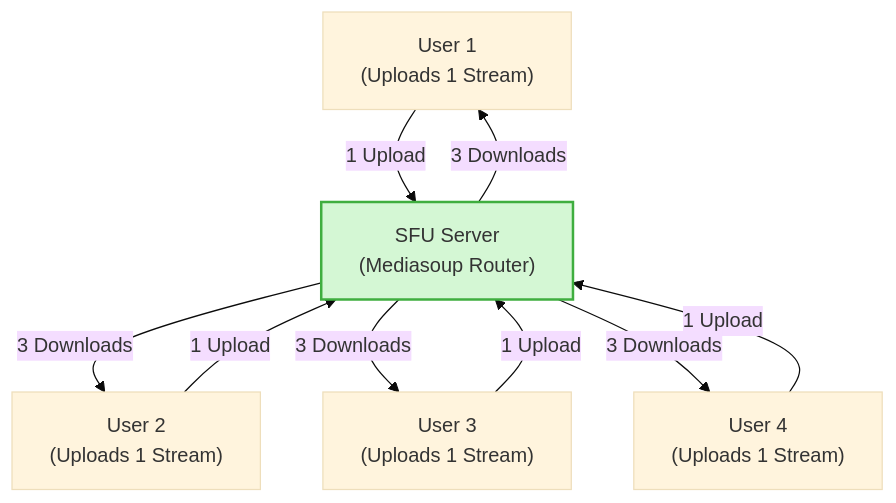
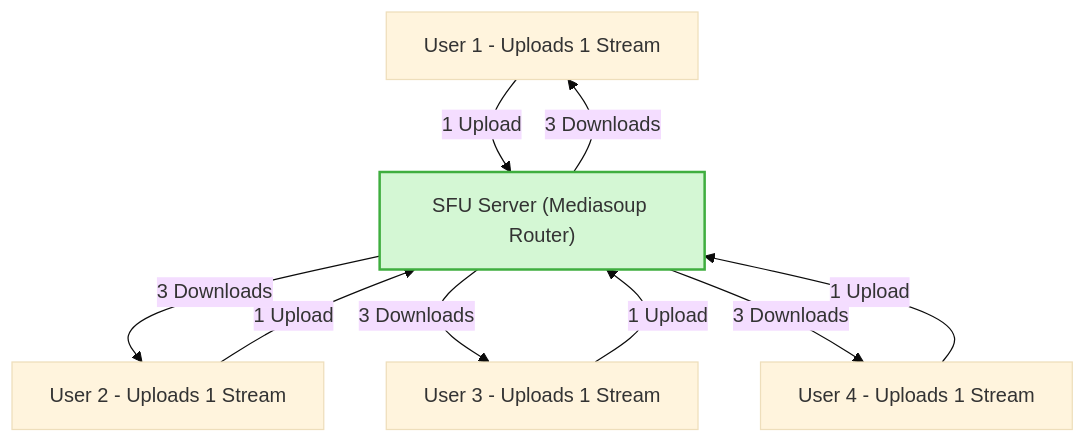
One commit to INDIAN-MEET/GOOGLE_MEET changed the second of 4 diagrams in services/sfu-service/md/readme.md. Above: the diagram before and after it, drawn with Mermaid (base theme). The commit also changed other lines of this file, not shown here.

Commit message:
fix: sanitize mermaid diagrams syntax in phase-9 SFU guide

````diff
--- a/services/sfu-service/md/readme.md
+++ b/services/sfu-service/md/readme.md
@@ -47,14 +47,14 @@
 ```mermaid
 flowchart TB
-    U1["User 1<br/>(Uploads 1 Stream)"] -->|"1 Upload"| SFU["SFU Server<br/>(Mediasoup Router)"]
-    U2["User 2<br/>(Uploads 1 Stream)"] -->|"1 Upload"| SFU
-    U3["User 3<br/>(Uploads 1 Stream)"] -->|"1 Upload"| SFU
-    U4["User 4<br/>(Uploads 1 Stream)"] -->|"1 Upload"| SFU
+    U1["User 1 - Uploads 1 Stream"] -->|"1 Upload"| SFU["SFU Server (Mediasoup Router)"]
+    U2["User 2 - Uploads 1 Stream"] -->|"1 Upload"| SFU
+    U3["User 3 - Uploads 1 Stream"] -->|"1 Upload"| SFU
+    U4["User 4 - Uploads 1 Stream"] -->|"1 Upload"| SFU
 
     SFU -->|"3 Downloads"| U1
     SFU -->|"3 Downloads"| U2
     SFU -->|"3 Downloads"| U3
     SFU -->|"3 Downloads"| U4
 
     style SFU fill:#d4f7d4,stroke:#3fae3f,stroke-width:2px
 ```
````
